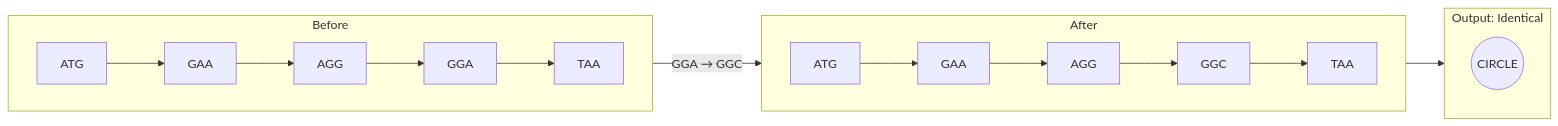
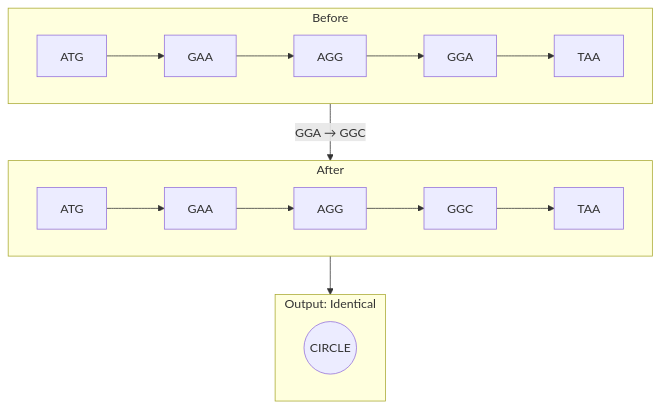
The second of 5 diagrams in README.md (kjanat/codoncanvas), drawn with Mermaid before and after one commit. The commit also changed other lines of this file and 576 other files, not shown here.

First line of the commit message:
feat: migrate to React 19 with Tailwind v4 SPA architecture (#4)

````diff
--- a/README.md
+++ b/README.md
@@ -514,20 +594,28 @@
 ```mermaid
-flowchart LR
+flowchart TD
     subgraph before["Before"]
         direction LR
-        B1[ATG] --> B2[GAA] --> B3[AGG] --> B4[GGA] --> B5[TAA]
+        B1[ATG]
+          --> B2[GAA]
+          --> B3[AGG]
+          --> B4[GGA]
+          --> B5[TAA]
     end
 
     subgraph after["After"]
         direction LR
-        A1[ATG] --> A2[GAA] --> A3[AGG] --> A4[GGC] --> A5[TAA]
+        A1[ATG]
+          --> A2[GAA]
+          --> A3[AGG]
+          --> A4[GGC]
+          --> A5[TAA]
     end
 
     before -->|"GGA → GGC"| after
 
     subgraph output["Output: Identical"]
         O1((CIRCLE))
     end
 
     after --> output
 ```
````
